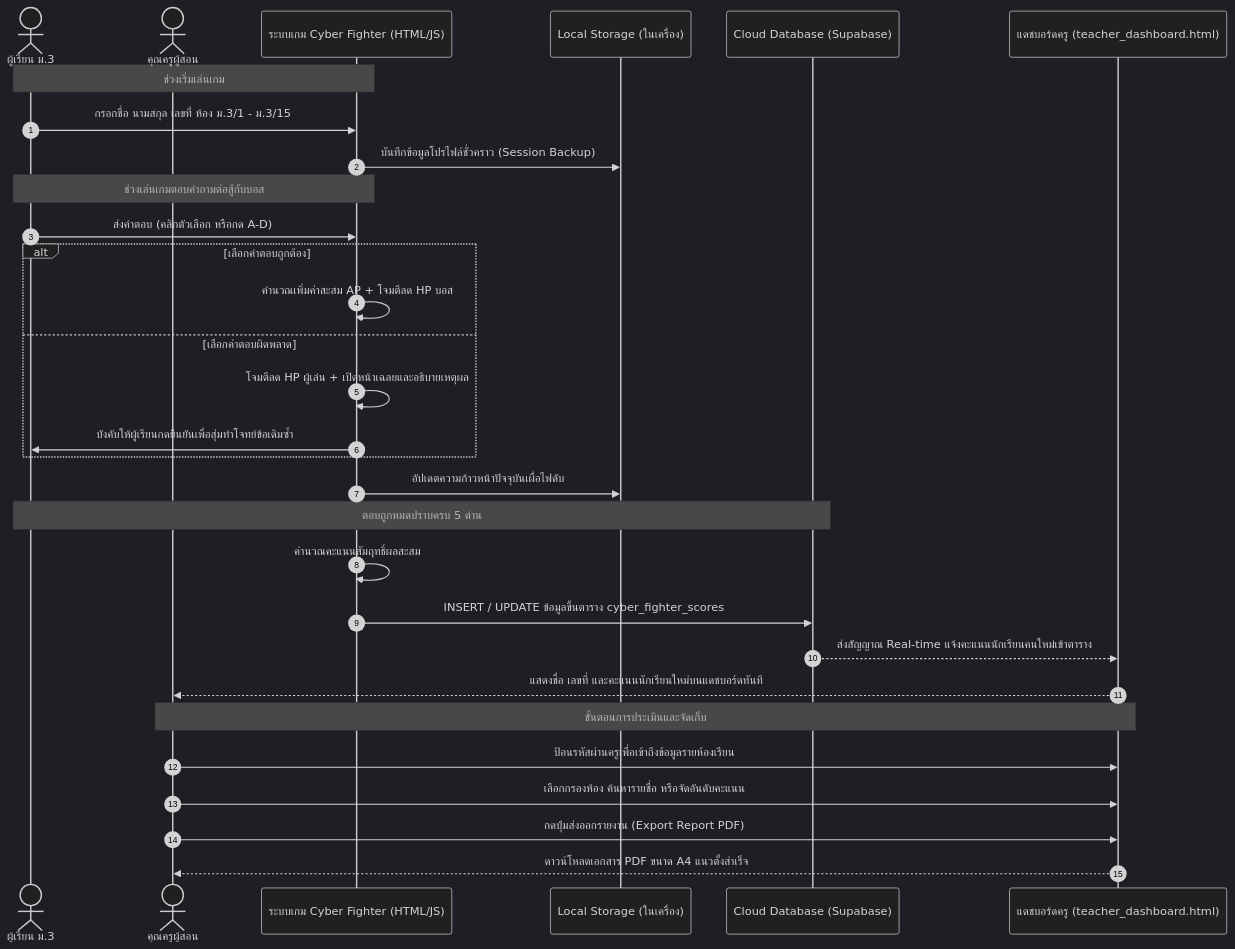
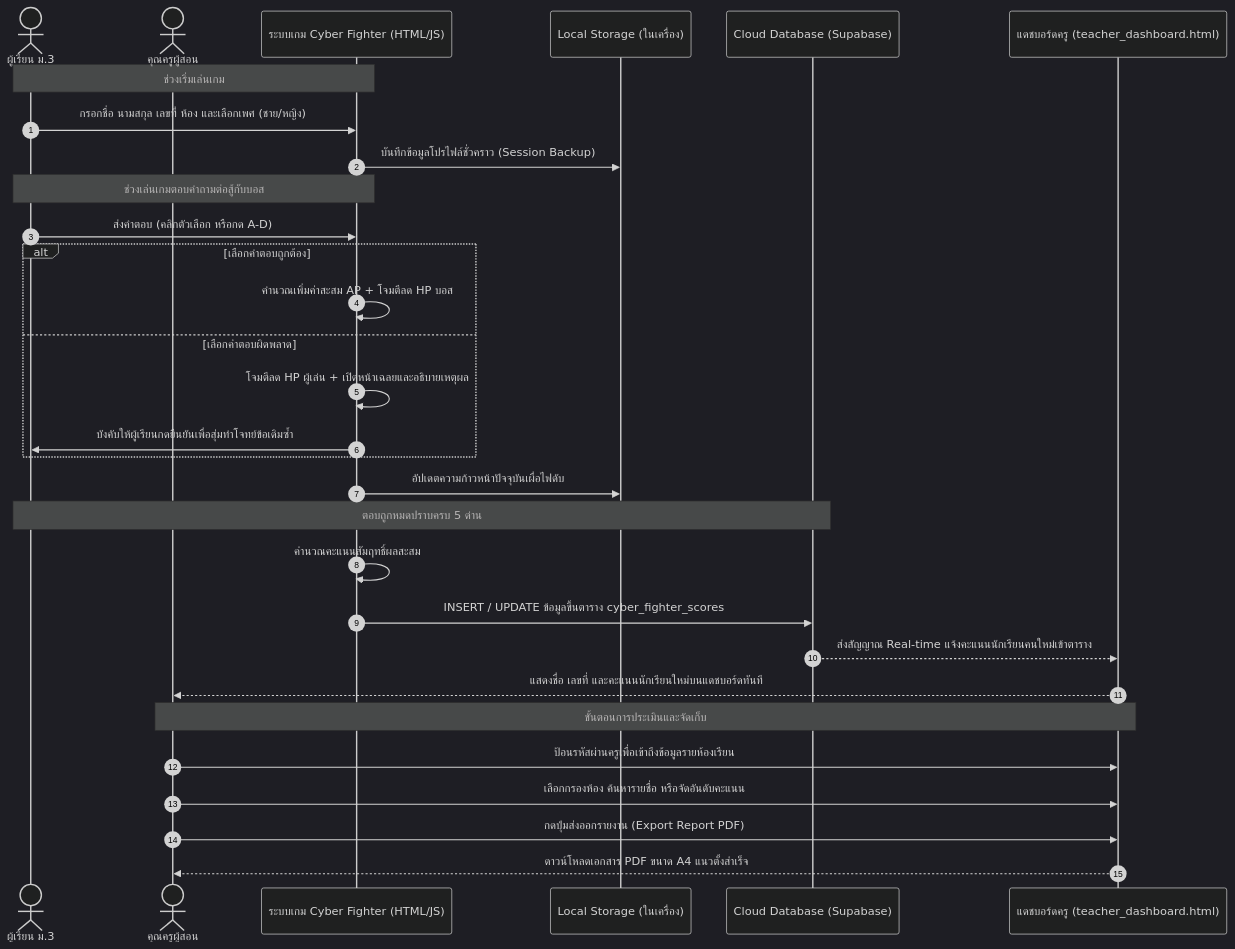
The diagram in README.md (puripong1st/tech-dm-cyber-fighter), drawn with Mermaid (dark theme) before and after one commit. The commit also changed other lines of this file and 2 other files, not shown here.

````diff
--- a/README.md
+++ b/README.md
@@ -183,36 +183,36 @@
 ```mermaid
 sequenceDiagram
     autonumber
     actor Student as ผู้เรียน ม.3
     actor Teacher as คุณครูผู้สอน
     participant Game as ระบบเกม Cyber Fighter (HTML/JS)
     participant Local as Local Storage (ในเครื่อง)
     participant Cloud as Cloud Database (Supabase)
     participant Dash as แดชบอร์ดครู (teacher_dashboard.html)
 
     Note over Student, Game: ช่วงเริ่มเล่นเกม
-    Student->>Game: กรอกชื่อ นามสกุล เลขที่ ห้อง ม.3/1 - ม.3/15
+    Student->>Game: กรอกชื่อ นามสกุล เลขที่ ห้อง และเลือกเพศ (ชาย/หญิง)
     Game->>Local: บันทึกข้อมูลโปรไฟล์ชั่วคราว (Session Backup)
     
     Note over Student, Game: ช่วงเล่นเกมตอบคำถามต่อสู้กับบอส
     Student->>Game: ส่งคำตอบ (คลิกตัวเลือก หรือกด A-D)
     alt เลือกคำตอบถูกต้อง
         Game->>Game: คำนวณเพิ่มค่าสะสม AP + โจมตีลด HP บอส
     else เลือกคำตอบผิดพลาด
         Game->>Game: โจมตีลด HP ผู้เล่น + เปิดหน้าเฉลยและอธิบายเหตุผล
         Game->>Student: บังคับให้ผู้เรียนกดยืนยันเพื่อสุ่มทำโจทย์ข้อเดิมซ้ำ
     end
     Game->>Local: อัปเดตความก้าวหน้าปัจจุบันเผื่อไฟดับ
 
     Note over Student, Cloud: ตอบถูกหมดปราบครบ 5 ด่าน
     Game->>Game: คำนวณคะแนนสัมฤทธิ์ผลสะสม
     Game->>Cloud: INSERT / UPDATE ข้อมูลขึ้นตาราง cyber_fighter_scores
     Cloud-->>Dash: ส่งสัญญาณ Real-time แจ้งคะแนนนักเรียนคนใหม่เข้าตาราง
     Dash-->>Teacher: แสดงชื่อ เลขที่ และคะแนนนักเรียนใหม่บนแดชบอร์ดทันที
 
     Note over Teacher, Dash: ขั้นตอนการประเมินและจัดเก็บ
     Teacher->>Dash: ป้อนรหัสผ่านครูเพื่อเข้าถึงข้อมูลรายห้องเรียน
     Teacher->>Dash: เลือกกรองห้อง ค้นหารายชื่อ หรือจัดอันดับคะแนน
     Teacher->>Dash: กดปุ่มส่งออกรายงาน (Export Report PDF)
     Dash-->>Teacher: ดาวน์โหลดเอกสาร PDF ขนาด A4 แนวตั้งสำเร็จ
 ```
````
